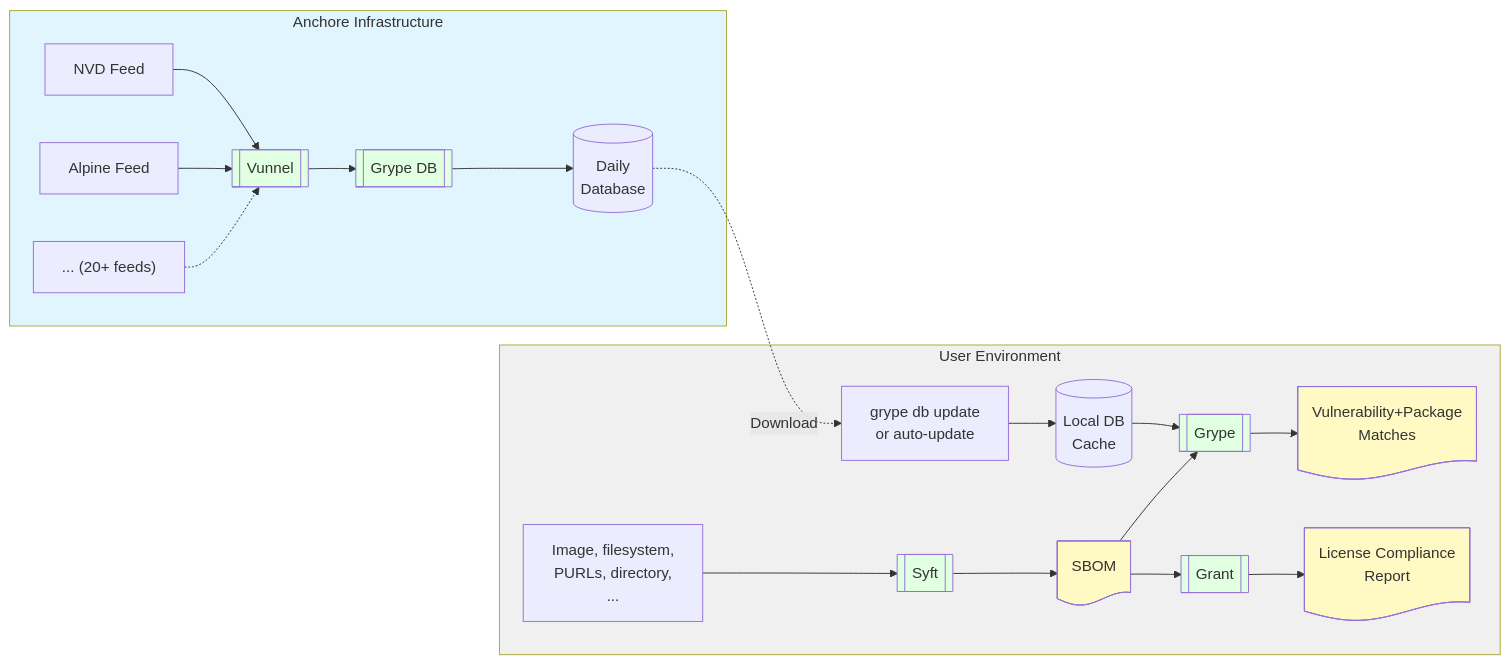
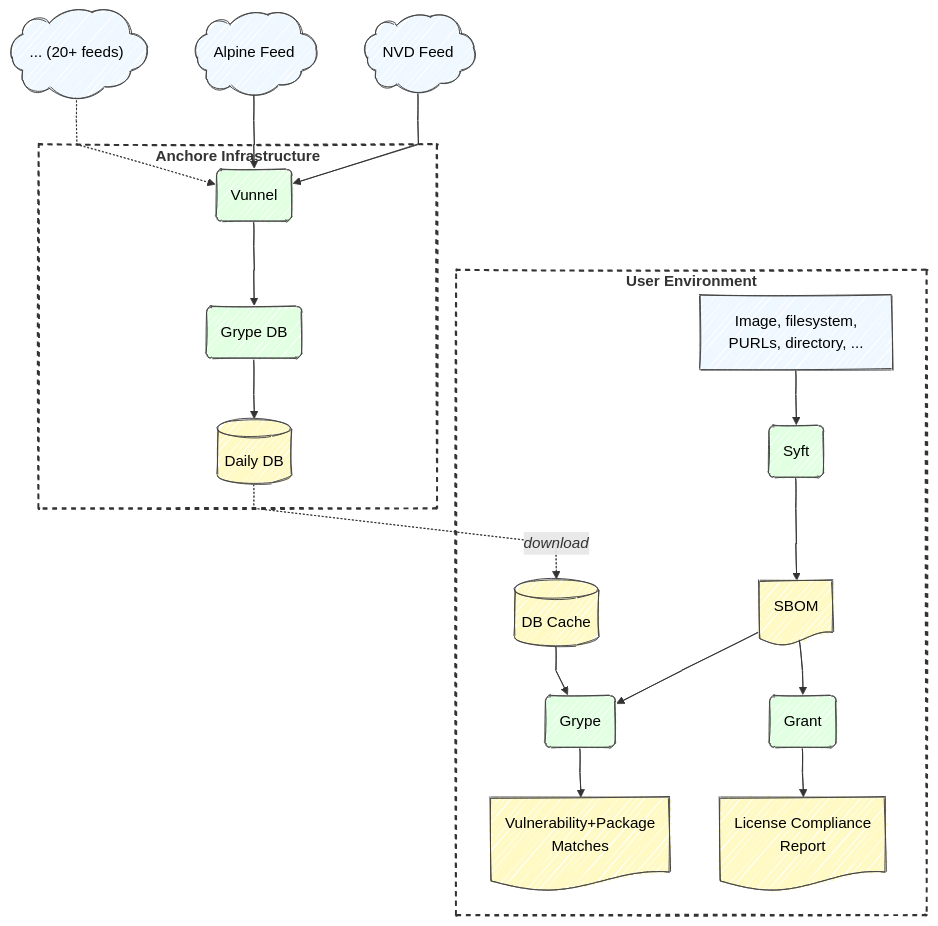
Before and after one commit to anchore-oss-update-bot/oss-docs: the second of 2 diagrams in content/docs/architecture/_index.md, drawn with Mermaid. The commit also changed other lines of this file and 1 other file, not shown here.

Commit message:
improve vunnel and overview diagrams

````diff
--- a/content/docs/architecture/_index.md
+++ b/content/docs/architecture/_index.md
@@ -35,55 +44,76 @@
 ```mermaid
 ---
 config:
   layout: dagre
+  look: handDrawn
+  theme: default
+  flowchart: 
+    curve: linear
 ---
-flowchart LR
- subgraph anchore["Anchore Infrastructure"]
-        feed1["NVD Feed"]
-        feed2["Alpine Feed"]
-        feed3["... (20+ feeds)"]
-        vunnel[["Vunnel"]]
-        grypedb[["Grype DB"]]
-        cache["Daily<br>Database"]
+flowchart TB
+
+  feed1["NVD Feed"]
+  feed2["Alpine Feed"]
+  feed3["... (20+ feeds)"]
+
+  subgraph anchore["<b>Anchore Infrastructure</b>"]
+    vunnel["Vunnel"]
+    grypedb["Grype DB"]
+    cache["Daily DB"]
+    vunnel --> grypedb --> cache
   end
- subgraph user["User Environment"]
-        download["grype db update<br>or auto-update"]
-        local["Local DB<br>Cache"]
-        targets["Image, filesystem,<br>PURLs, directory,<br>..."]
-        syft[["Syft"]]
-        sbom["SBOM"]
-        grype[["Grype"]]
-        vulns["Vulnerability+Package<br>Matches"]
-        grant[["Grant"]]
-        licenses["License Compliance<br>Report"]
+ 
+
+  subgraph user["<b>User Environment</b>"]
+    targets["Image, filesystem,<br>PURLs, directory, ..."]
+    local["DB Cache"]
+    
+    syft["Syft"]
+    sbom["SBOM"]
+    
+    targets --> syft --> sbom
+    
+    grype["Grype"]
+    vulns["Vulnerability+Package<br>Matches"]
+    grant["Grant"]
+    licenses["License Compliance<br>Report"]
+    
+    grype --> vulns
+    grant --> licenses
+    
+    sbom --> grype
+    sbom --> grant
+    local --> grype
   end
-    feed1 --> vunnel
-    feed2 --> vunnel
-    feed3 -.-> vunnel
-    vunnel --> grypedb
-    grypedb --> cache
-    cache -. Download .-> download
-    download --> local
-    targets --> syft
-    syft --> sbom
-    local --> grype
-    sbom --> grype
-    grype --> vulns
-    sbom --> grant
-    grant --> licenses
-    cache@{ shape: db}
-    local@{ shape: db}
-    sbom@{ shape: doc}
-    vulns@{ shape: doc}
-    licenses@{ shape: doc}
-    style anchore fill:#e1f5ff
-    style user fill:#f0f0f0
-    style vunnel fill:#e1ffe1
-    style grypedb fill:#e1ffe1
-    style syft fill:#e1ffe1
-    style grype fill:#e1ffe1
-    style grant fill:#e1ffe1
-    style sbom fill:#fff9c4
-    style vulns fill:#fff9c4
-    style licenses fill:#fff9c4
+  
+  feed1 --> vunnel
+  feed2 --> vunnel
+  feed3 -.-> vunnel
+  
+  cache -. "<i>download</i>" .-> local
+  
+  feed1:::ExternalSource@{ shape: cloud}
+  feed2:::ExternalSource@{ shape: cloud}
+  feed3:::ExternalSource@{ shape: cloud}
+  vunnel:::Application@{ shape: event}
+  grypedb:::Application@{ shape: event}
+  grype:::Application@{ shape: event}
+  syft:::Application@{ shape: event}
+  grant:::Application@{ shape: event}
+  
+  targets:::AnalysisInput
+  cache:::Database@{ shape: db}
+  local:::Database@{ shape: db}
+  sbom:::Document@{ shape: doc}
+  vulns:::Document@{ shape: doc}
+  licenses:::Document@{ shape: doc}
+  
+  style anchore fill:none, stroke:#333333, stroke-width:2px, stroke-dasharray:5 5
+  style user fill:none, stroke:#333333, stroke-width:2px, stroke-dasharray:5 5
+  
+  classDef AnalysisInput stroke-width:1px, stroke-dasharray:none, stroke:#424242, fill:#f0f8ff, color:#000000
+  classDef ExternalSource stroke-width:1px, stroke-dasharray:none, stroke:#424242, fill:#f0f8ff, color:#000000
+  classDef Application stroke-width:1px, stroke-dasharray:none, stroke:#424242, fill:#e1ffe1, color:#000000
+  classDef Document stroke-width:1px, stroke-dasharray:none, stroke:#424242, fill:#fff9c4, color:#000000
+  classDef Database stroke-width:1px, stroke-dasharray:none, stroke:#424242, fill:#fff9c4, color:#000000
 ```
````
